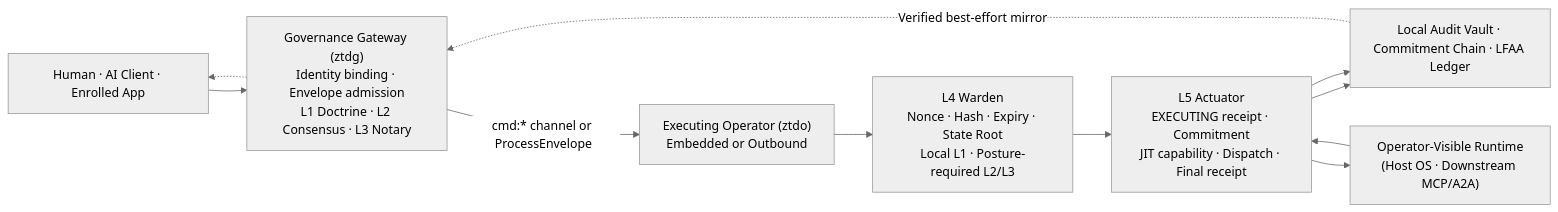
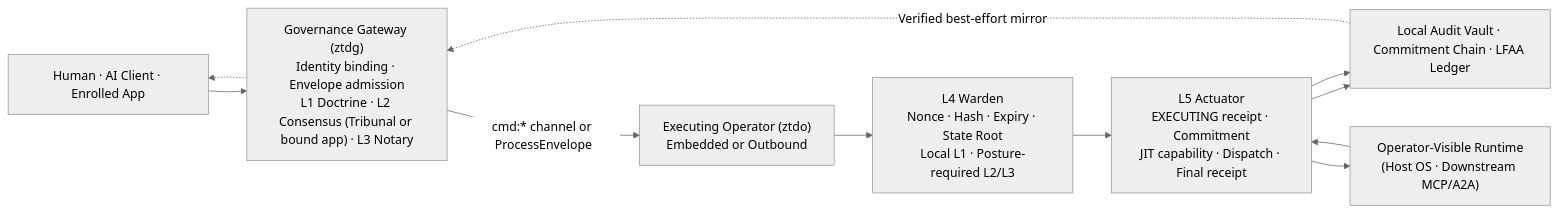
Before and after one commit to zerotrustdata/ztd: the diagram in docs/diagrams/flowchart-system-overview-lr.md, drawn with Mermaid (neutral theme). The commit also changed other lines of this file and 708 other files, not shown here.

First line of the commit message:
v1.3.0 - Tribunal Consensus and Governed Execution (#67)

````diff
--- a/docs/diagrams/flowchart-system-overview-lr.md
+++ b/docs/diagrams/flowchart-system-overview-lr.md
@@ -27,21 +27,21 @@
 ```mermaid
 flowchart LR
     Client["Human · AI Client · Enrolled App"]
-    Gateway["Governance Gateway (ztdg)<br/>Identity binding · Envelope admission<br/>L1 Doctrine · L2 Consensus · L3 Notary"]
+    Gateway["Governance Gateway (ztdg)<br/>Identity binding · Envelope admission<br/>L1 Doctrine · L2 Consensus (Tribunal or bound app) · L3 Notary"]
     Operator["Executing Operator (ztdo)<br/>Embedded or Outbound"]
     L4Warden["L4 Warden<br/>Nonce · Hash · Expiry · State Root<br/>Local L1 · Posture-required L2/L3"]
     L5Actuator["L5 Actuator<br/>EXECUTING receipt · Commitment<br/>JIT capability · Dispatch · Final receipt"]
     Vault["Local Audit Vault · Commitment Chain · LFAA Ledger"]
     Target["Operator-Visible Runtime<br/>(Host OS · Downstream MCP/A2A)"]
 
     Client --> Gateway
     Gateway -->|"cmd:* channel or ProcessEnvelope"| Operator
     Operator --> L4Warden
     L4Warden --> L5Actuator
     L5Actuator --> Vault
     L5Actuator --> Target
     Target --> L5Actuator
     L5Actuator --> Vault
     Vault -.->|"Verified best-effort mirror"| Gateway
     Gateway -.-> Client
 ```
````
